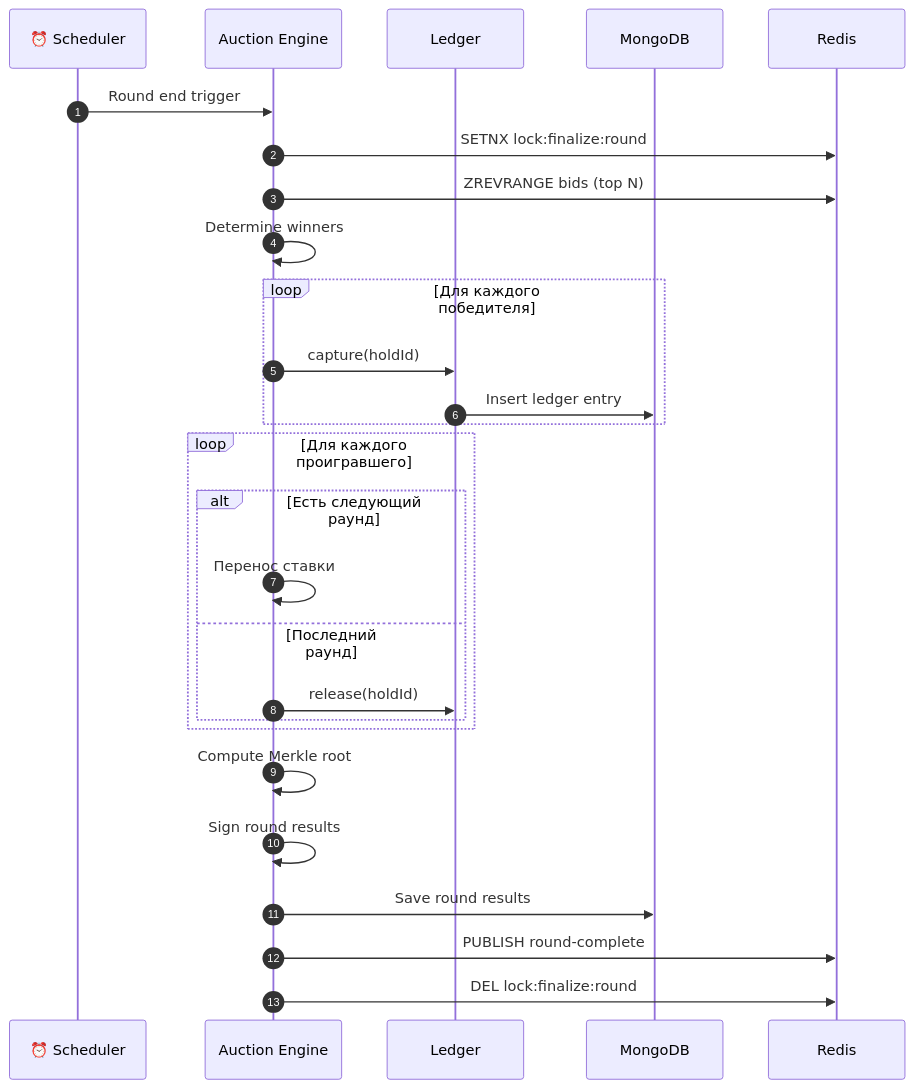
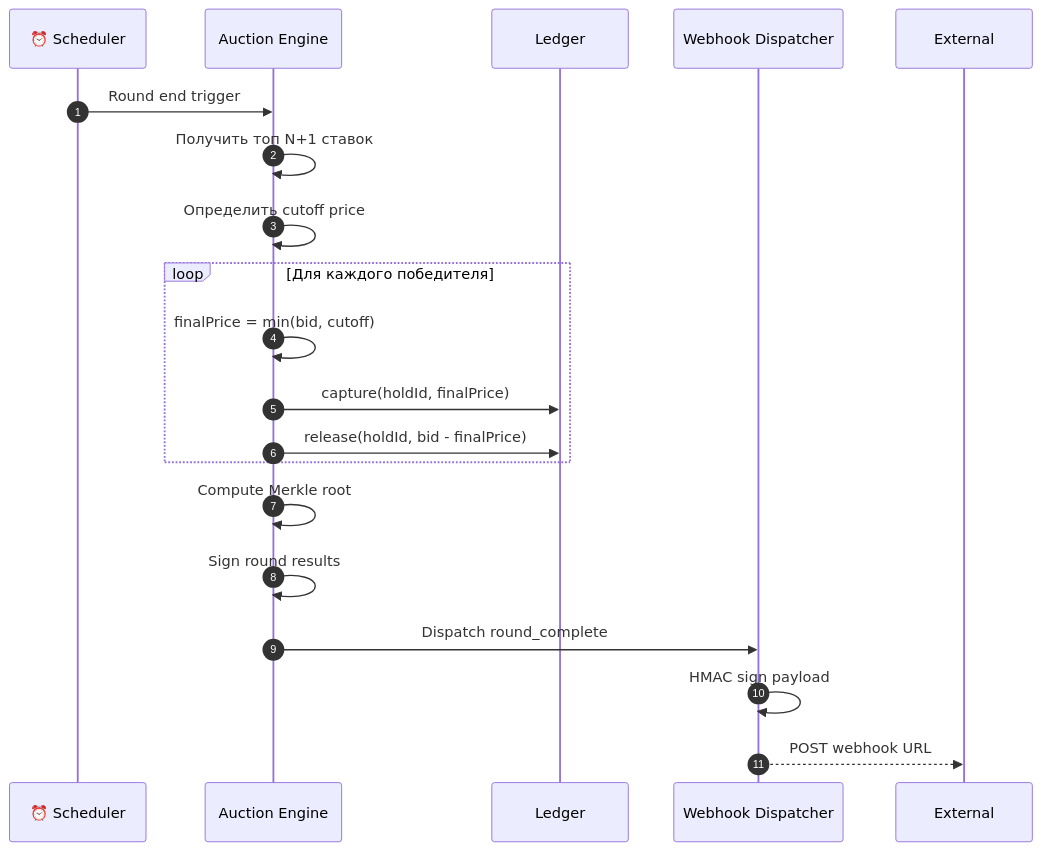
One commit to germanProgq/crypto-hackathon changed the seventh of 7 diagrams in README.md. Above: the diagram before and after it, drawn with Mermaid. The commit also changed other lines of this file and 7 other files, not shown here.

````diff
--- a/README.md
+++ b/README.md
@@ -446,36 +445,26 @@
 ```mermaid
 sequenceDiagram
     autonumber
     participant Scheduler as ⏰ Scheduler
     participant Engine as Auction Engine
     participant Ledger as Ledger
-    participant Mongo as MongoDB
-    participant Redis as Redis
+    participant Webhook as Webhook Dispatcher
     
     Scheduler->>Engine: Round end trigger
     
-    Engine->>Redis: SETNX lock:finalize:round
-    
-    Engine->>Redis: ZREVRANGE bids (top N)
-    Engine->>Engine: Determine winners
+    Engine->>Engine: Получить топ N+1 ставок
+    Engine->>Engine: Определить cutoff price
     
     loop Для каждого победителя
-        Engine->>Ledger: capture(holdId)
-        Ledger->>Mongo: Insert ledger entry
-    end
-    
-    loop Для каждого проигравшего
-        alt Есть следующий раунд
-            Engine->>Engine: Перенос ставки
-        else Последний раунд
-            Engine->>Ledger: release(holdId)
-        end
+        Engine->>Engine: finalPrice = min(bid, cutoff)
+        Engine->>Ledger: capture(holdId, finalPrice)
+        Engine->>Ledger: release(holdId, bid - finalPrice)
     end
     
     Engine->>Engine: Compute Merkle root
     Engine->>Engine: Sign round results
     
-    Engine->>Mongo: Save round results
-    Engine->>Redis: PUBLISH round-complete
-    Engine->>Redis: DEL lock:finalize:round
+    Engine->>Webhook: Dispatch round_complete
+    Webhook->>Webhook: HMAC sign payload
+    Webhook-->>External: POST webhook URL
 ```
````
